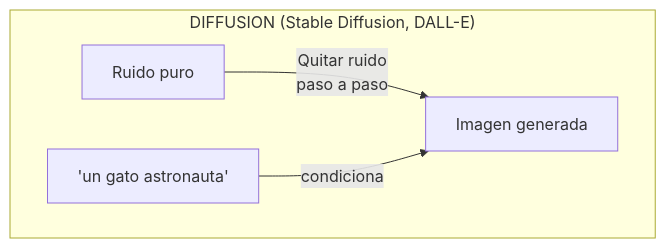
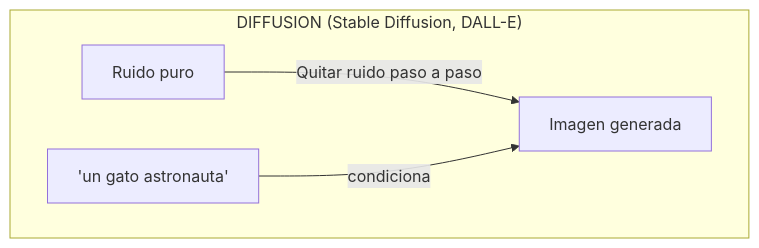
Before and after one commit to KarolCisneros/ia_p26: the second of 2 diagrams in clase/08_prediccion/05_atlas_de_metodos.md, drawn with Mermaid. The commit also changed other lines of this file and 16 other files, not shown here.

````diff
--- a/clase/08_prediccion/05_atlas_de_metodos.md
+++ b/clase/08_prediccion/05_atlas_de_metodos.md
@@ -132,8 +134,8 @@
 ```mermaid
 flowchart LR
     subgraph DIFF ["DIFFUSION (Stable Diffusion, DALL-E)"]
         direction LR
-        NOISE["Ruido puro"] -->|"Quitar ruido<br/>paso a paso"| IMG["Imagen generada"]
+        NOISE["Ruido puro"] -->|"Quitar ruido paso a paso"| IMG["Imagen generada"]
         TEXT["'un gato astronauta'"] -->|condiciona| IMG
     end
 ```
````
